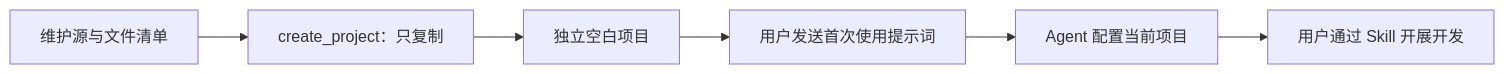
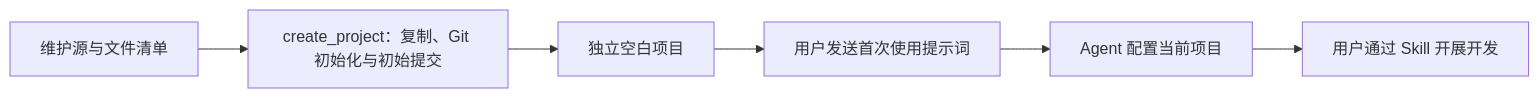
The diagram in README.md (yxy823/Game_idle_yaya_frame), drawn with Mermaid before and after one commit. The commit also changed other lines of this file and 38 other files, not shown here.

First line of the commit message:
refactor(project): 创建时建立 Git 基线并简化后续初始化流程

````diff
--- a/README.md
+++ b/README.md
@@ -70,8 +71,8 @@
 ```mermaid
 flowchart LR
-    A[维护源与文件清单] --> B[create_project：只复制]
+    A[维护源与文件清单] --> B[create_project：复制、Git 初始化与初始提交]
     B --> C[独立空白项目]
     C --> D[用户发送首次使用提示词]
     D --> E[Agent 配置当前项目]
     E --> F[用户通过 Skill 开展开发]
 ```
````
